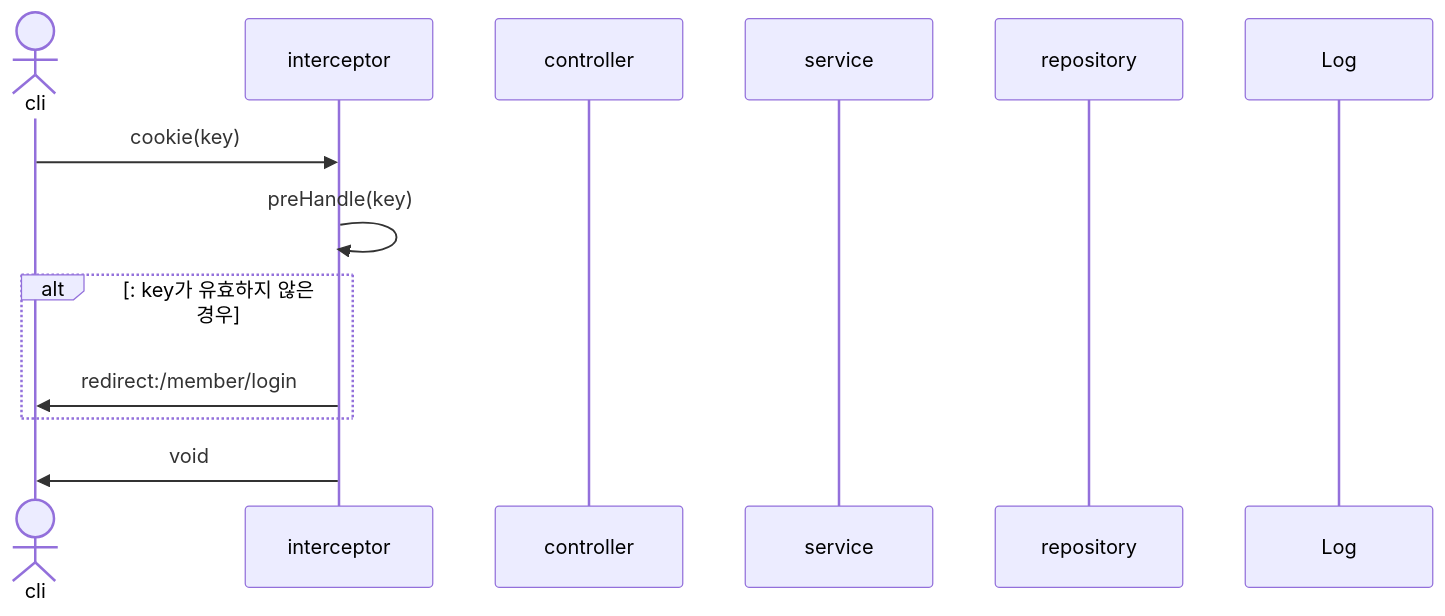
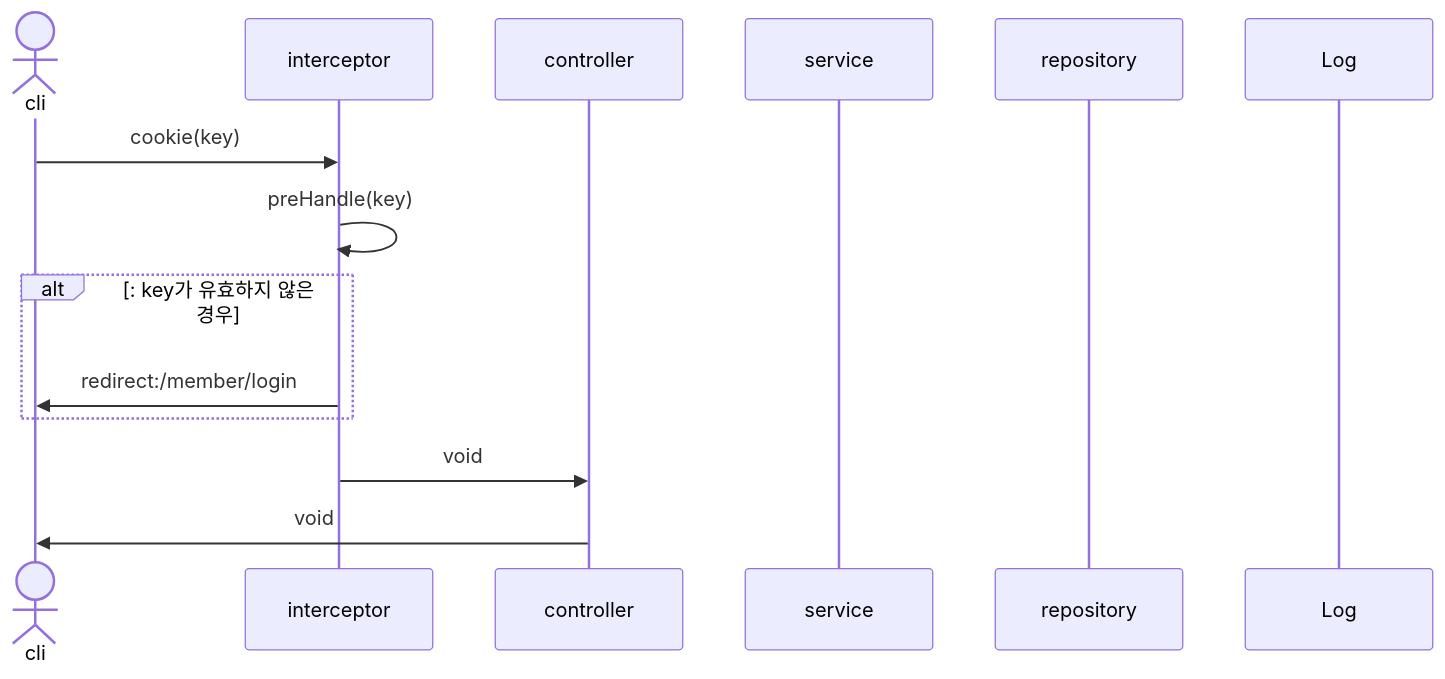
One commit to mtak0235/snsX changed the ninth of 37 diagrams in sequence.md. Above: the diagram before and after it, drawn with Mermaid. The commit also changed other lines of this file and 5 other files, not shown here.

````diff
--- a/sequence.md
+++ b/sequence.md
@@ -271,16 +234,17 @@
 ```mermaid
 sequenceDiagram
 actor cli
 participant i as interceptor
 participant c as controller
 participant s as service
 participant r as repository
 participant l as Log
 
 cli->>i: cookie(key)
 i->>i: preHandle(key)
 alt: key가 유효하지 않은 경우
 i->>cli: redirect:/member/login
 end
-i->>cli: void
+i->>c: void
+c->>cli: void
 ```
````
